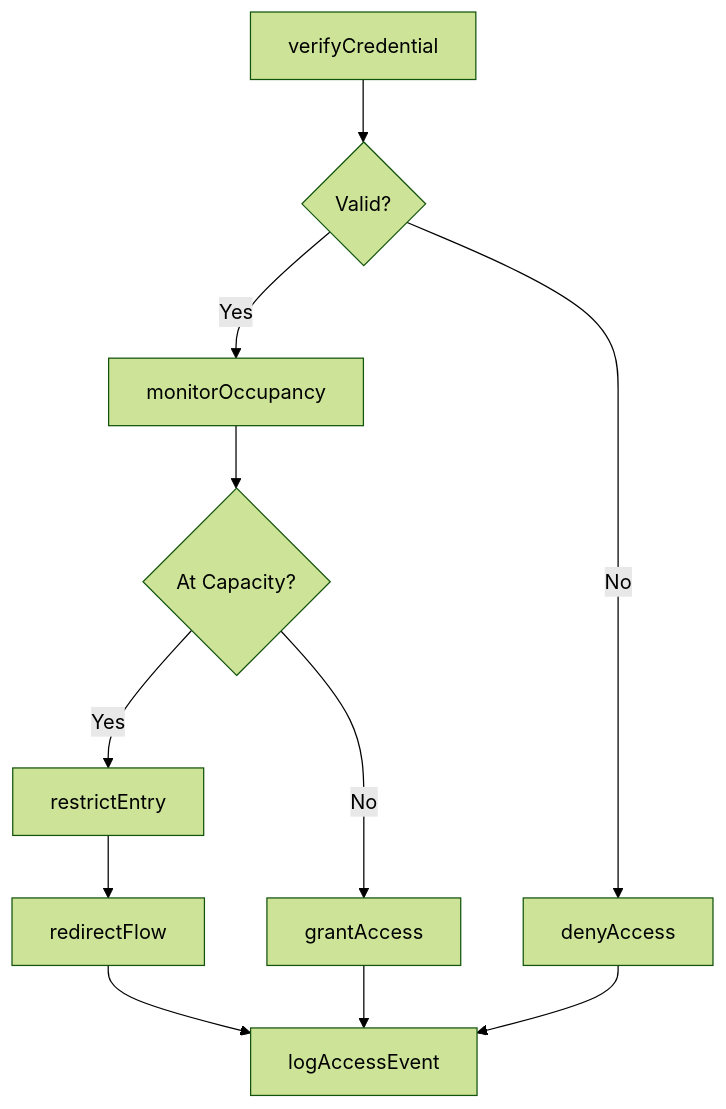
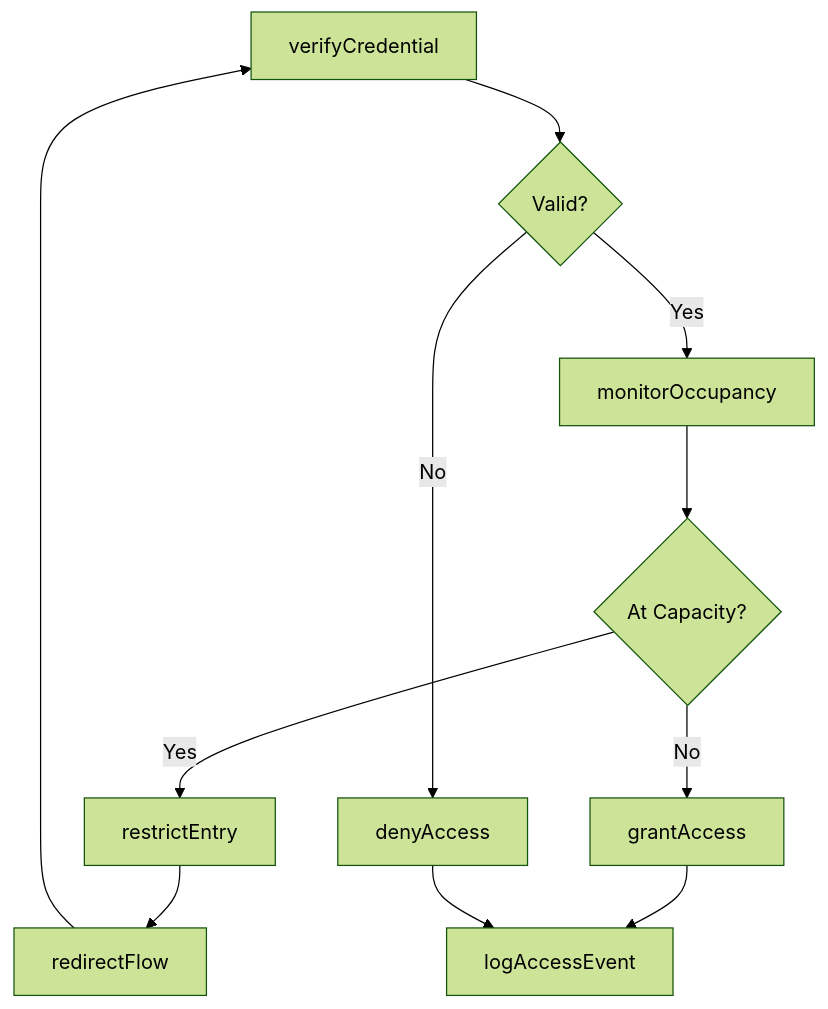
One commit to dot-org-ai/tasks.org.ai changed the third of 4 diagrams in MonitoringProcessesMaterialsOrSurroundings/MonitorSafetyOrSecurityOfWorkAreasFacilitiesOrProperties/MonitorAccessFlowPeoplePrevent.mdx. Above: the diagram before and after it, drawn with Mermaid (forest theme). The commit also changed other lines of this file and 307 other files, not shown here.

First line of the commit message:
feat: Add ER diagrams and state diagrams to remaining 308 DWA task files (wave 3 complete)

````diff
--- a/MonitoringProcessesMaterialsOrSurroundings/MonitorSafetyOrSecurityOfWorkAreasFacilitiesOrProperties/MonitorAccessFlowPeoplePrevent.mdx
+++ b/MonitoringProcessesMaterialsOrSurroundings/MonitorSafetyOrSecurityOfWorkAreasFacilitiesOrProperties/MonitorAccessFlowPeoplePrevent.mdx
@@ -86,13 +114,13 @@
 ```mermaid
 graph TD
     A[verifyCredential] --> B{Valid?}
     B -->|Yes| C[monitorOccupancy]
     B -->|No| D[denyAccess]
     C --> E{At Capacity?}
     E -->|Yes| F[restrictEntry]
     E -->|No| G[grantAccess]
     F --> H[redirectFlow]
+    H --> A
     G --> I[logAccessEvent]
     D --> I
-    H --> I
 ```
````
